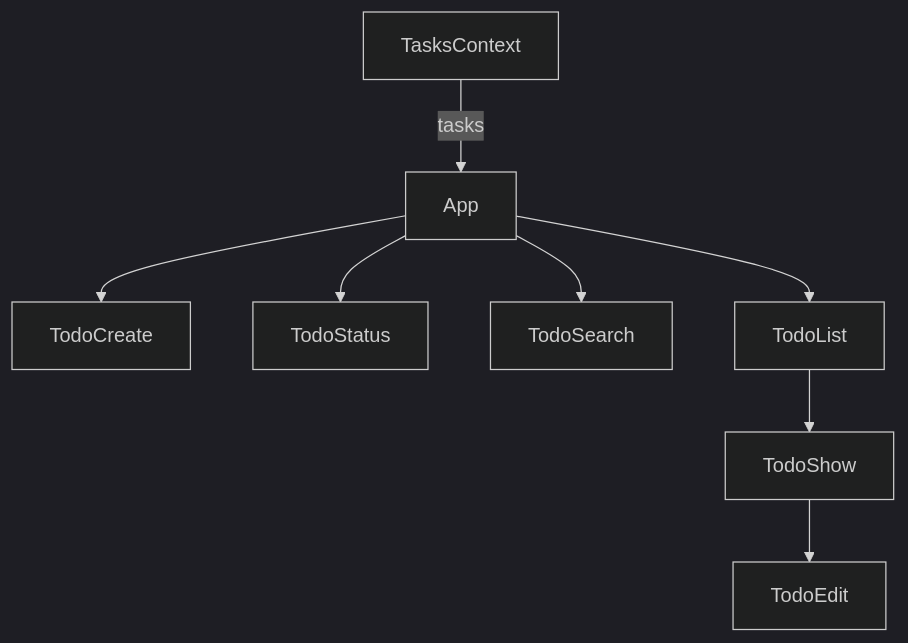
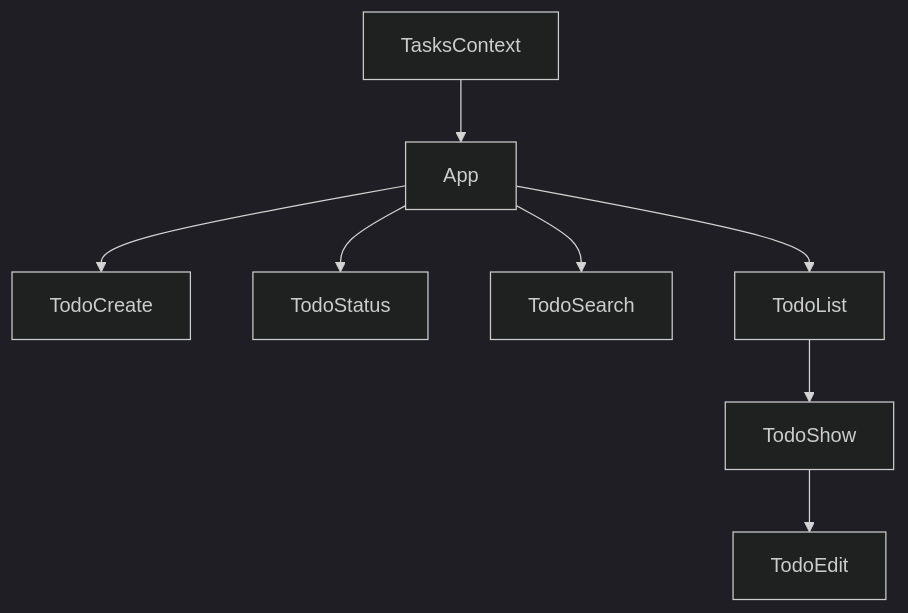
Before and after one commit to itsonlythebeginning/todo-react-v1: the diagram in README.md, drawn with Mermaid (dark theme).

````diff
--- a/README.md
+++ b/README.md
@@ -30,10 +30,10 @@
 ```mermaid
 graph
-A[TasksContext] -- tasks --> B[App]
+A[TasksContext] --> B[App]
 B[App] --> C[TodoCreate]
 B[App] --> D[TodoStatus]
 B[App] --> E[TodoSearch]
 B[App] --> F[TodoList]
 F[TodoList] --> G[TodoShow]
 G[TodoShow] --> H[TodoEdit]
 ```
````
